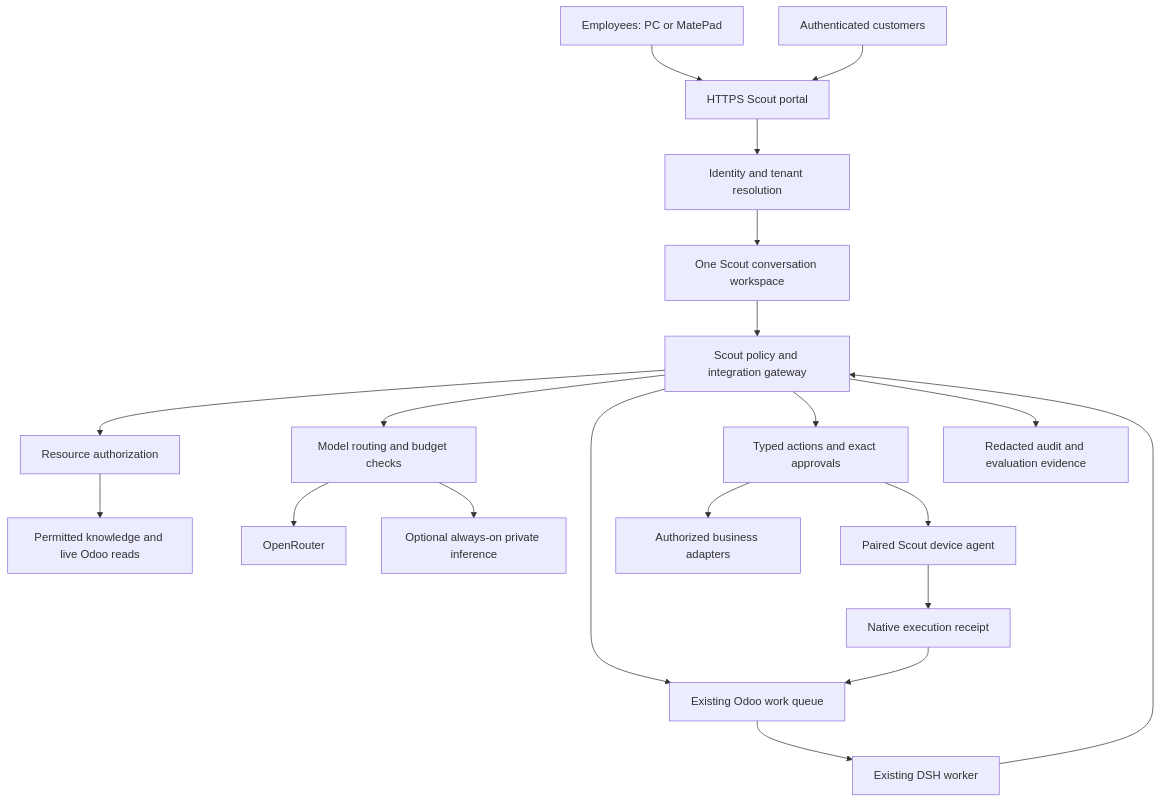
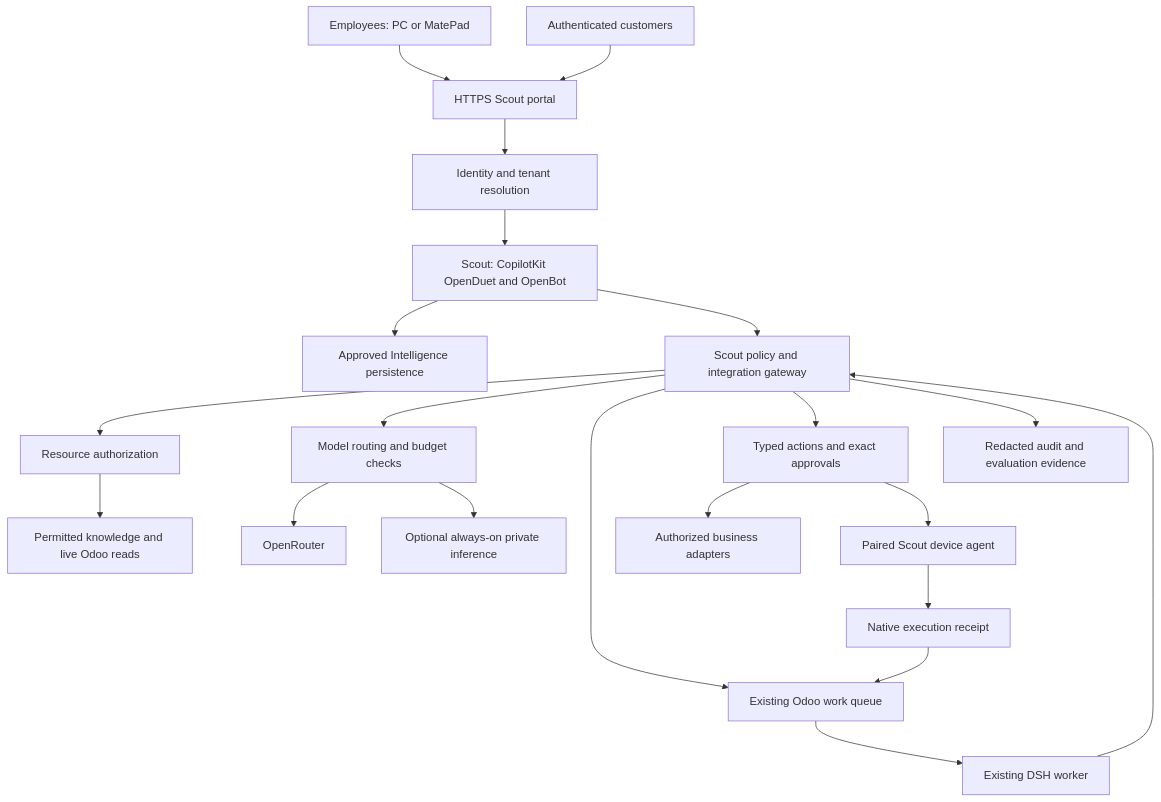
One commit to Nepritariel08/scout-workspace changed the diagram in docs/SCOUT-ENTERPRISE-ARCHITECTURE.md. Above: the diagram before and after it, drawn with Mermaid. The commit also changed other lines of this file and 5 other files, not shown here.

Commit message:
docs: pivot Scout architecture to CopilotKit OpenDuet

````diff
--- a/docs/SCOUT-ENTERPRISE-ARCHITECTURE.md
+++ b/docs/SCOUT-ENTERPRISE-ARCHITECTURE.md
@@ -47,22 +51,23 @@
 ```mermaid
 flowchart TD
     E[Employees: PC or MatePad] --> EDGE[HTTPS Scout portal]
     C[Authenticated customers] --> EDGE
     EDGE --> ID[Identity and tenant resolution]
-    ID --> CHAT[One Scout conversation workspace]
+    ID --> CHAT[Scout: CopilotKit OpenDuet and OpenBot]
+    CHAT --> I[Approved Intelligence persistence]
     CHAT --> G[Scout policy and integration gateway]
     G --> P[Resource authorization]
     P --> K[Permitted knowledge and live Odoo reads]
     G --> M[Model routing and budget checks]
     M --> OR[OpenRouter]
     M --> LM[Optional always-on private inference]
     G --> Q[Existing Odoo work queue]
     Q --> D[Existing DSH worker]
     D --> G
     G --> A[Typed actions and exact approvals]
     A --> O[Authorized business adapters]
     A --> DEV[Paired Scout device agent]
     DEV --> R[Native execution receipt]
     R --> Q
     G --> AUD[Redacted audit and evaluation evidence]
 ```
````
